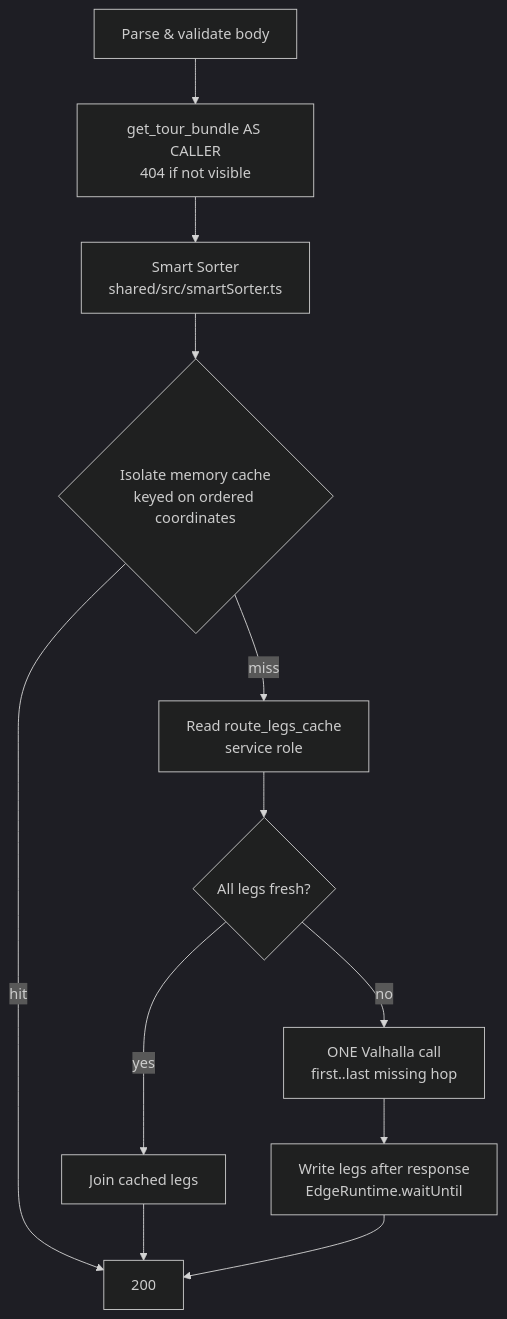
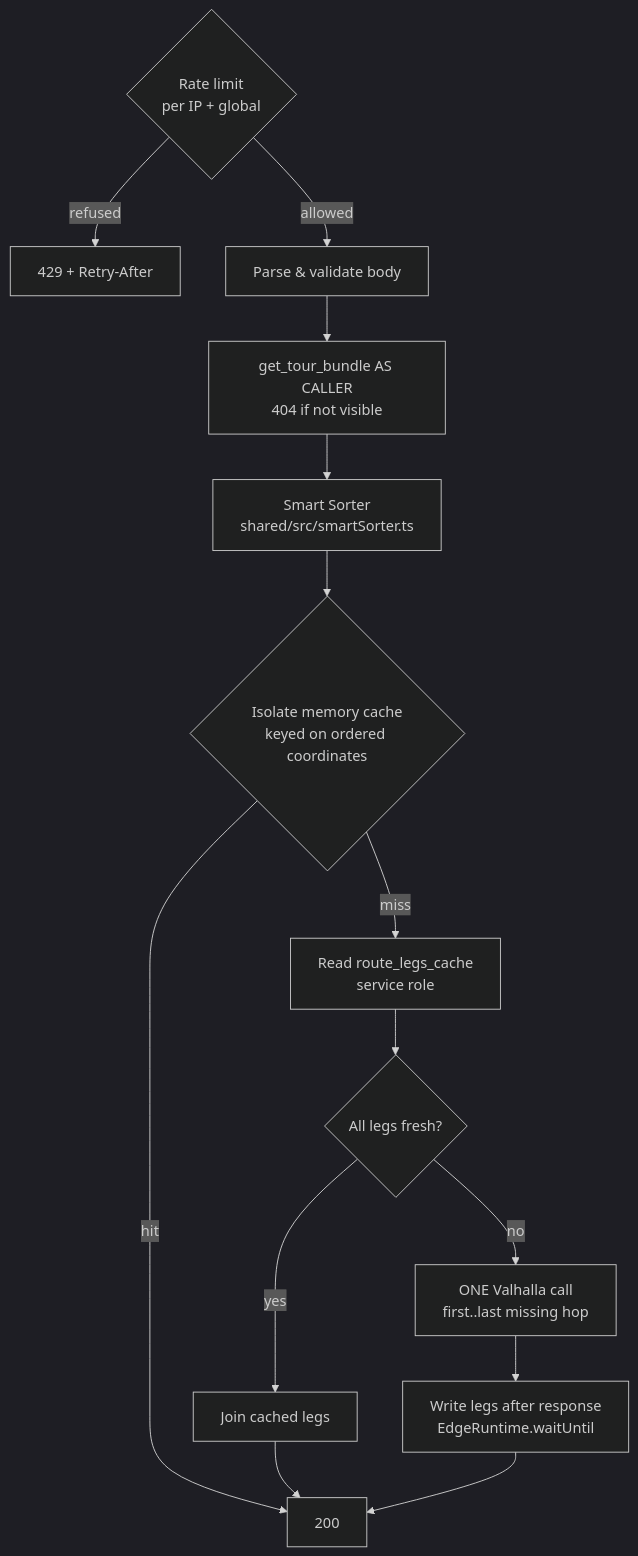
Before and after one commit to dyosef78/audio-tour-app: the third of 5 diagrams in docs/ARCHITECTURE.md, drawn with Mermaid (dark theme). The commit also changed other lines of this file, not shown here.

First line of the commit message:
docs: ARCHITECTURE.md for route-stops rate limiting and the 5 MiB limit

````diff
--- a/docs/ARCHITECTURE.md
+++ b/docs/ARCHITECTURE.md
@@ -215,14 +221,16 @@
 ```mermaid
 flowchart TD
-  A[Parse & validate body] --> B[get_tour_bundle AS CALLER<br/>404 if not visible]
+  L{Rate limit<br/>per IP + global} -- refused --> T[429 + Retry-After]
+  L -- allowed --> A[Parse & validate body]
+  A --> B[get_tour_bundle AS CALLER<br/>404 if not visible]
   B --> C[Smart Sorter<br/>shared/src/smartSorter.ts]
   C --> D{Isolate memory cache<br/>keyed on ordered coordinates}
   D -- hit --> R[200]
   D -- miss --> E[Read route_legs_cache<br/>service role]
   E --> F{All legs fresh?}
   F -- yes --> G[Join cached legs]
   F -- no --> H[ONE Valhalla call<br/>first..last missing hop]
   H --> I[Write legs after response<br/>EdgeRuntime.waitUntil]
   G --> R
   I --> R
 ```
````
